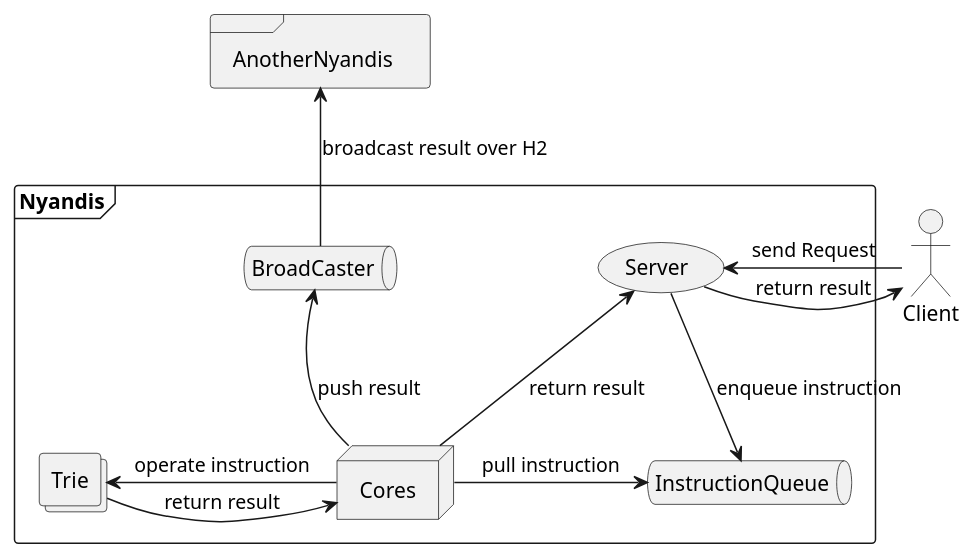
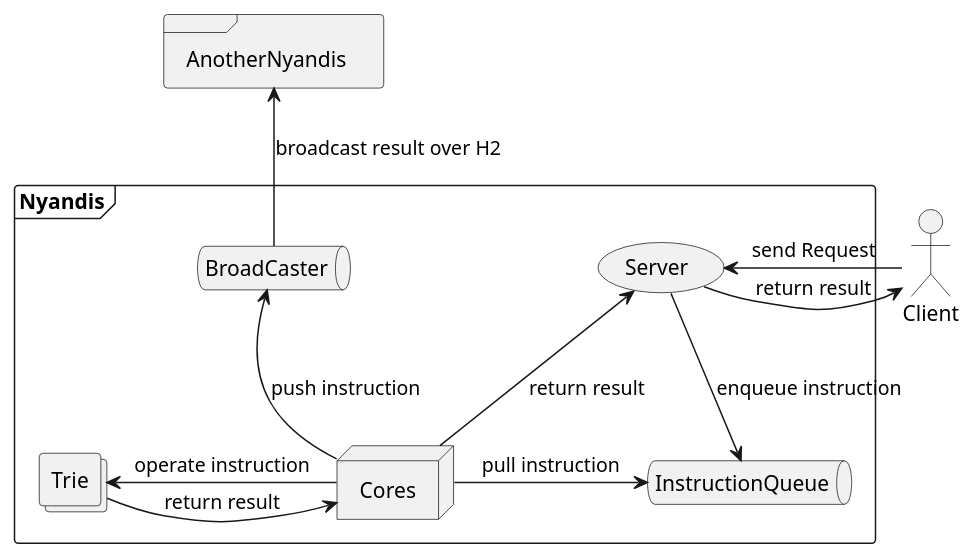
One commit to unsafe-risk/nyandis changed the diagram in uml/outline.pu. Above: the diagram before and after it, drawn with PlantUML.

```diff
--- a/uml/outline.pu
+++ b/uml/outline.pu
@@ -1,26 +1,26 @@
 @startuml Outline
 
 actor Client
 
 frame Nyandis {
     usecase Server
     queue InstructionQueue
     node Cores
     collections Trie
 
     queue BroadCaster
 }
 
 frame AnotherNyandis
 
 Client -left-> Server: send Request
 Server -down-> InstructionQueue: enqueue instruction
 Cores -right-> InstructionQueue: pull instruction
 Cores -left-> Trie: operate instruction
 Trie -right-> Cores: return result
 Cores -up-> Server: return result
-Cores -up-> BroadCaster: push result
+Cores -up-> BroadCaster: push instruction
 Server -right-> Client: return result
 BroadCaster -up-> AnotherNyandis: broadcast result over H2
 
 @enduml
```
